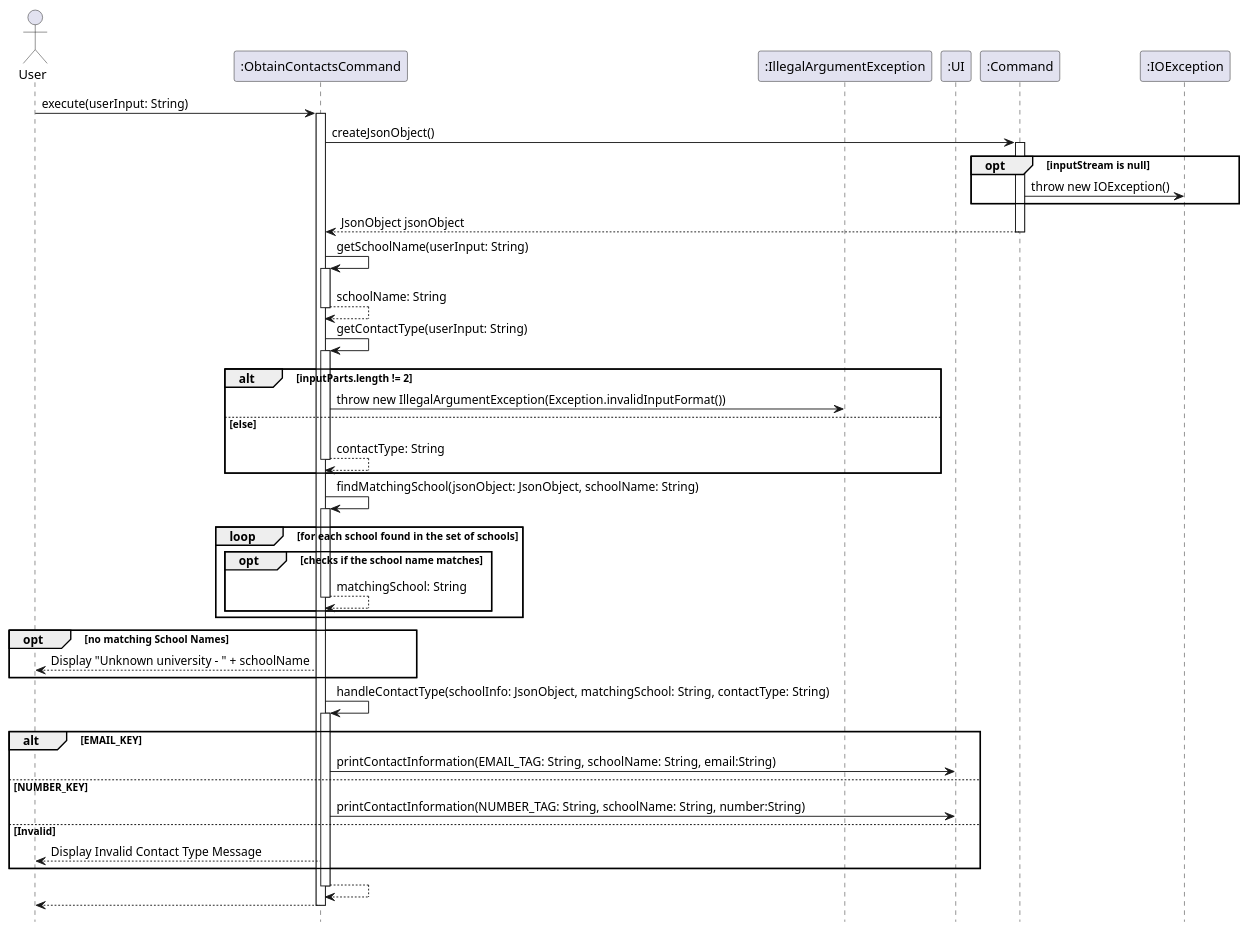
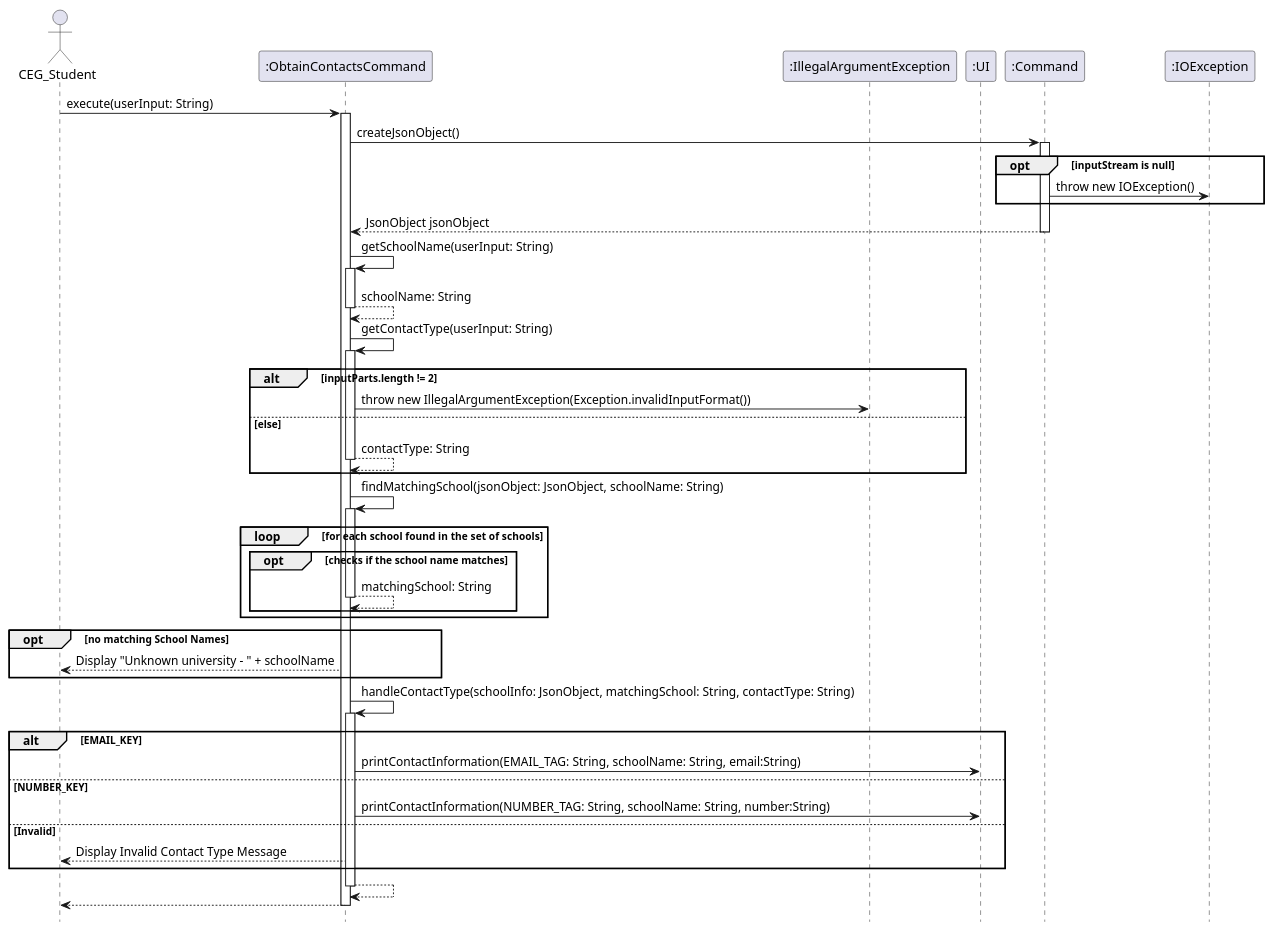
The diagram in docs/diagrams/ObtainContactsCommand.puml (nus-cs2113-AY2425S1/tp), drawn with PlantUML before and after one commit. The commit also changed 3 other files, not shown here.

```diff
--- a/docs/diagrams/ObtainContactsCommand.puml
+++ b/docs/diagrams/ObtainContactsCommand.puml
@@ -1,69 +1,69 @@
 @startuml
 hide footbox
 
-actor User
+actor CEG_Student
 participant ":ObtainContactsCommand" as ObtainContactsCommand
 participant ":IllegalArgumentException" as IllegalArgumentException
 participant ":UI" as UI
 participant ":Command" as Command
 participant ":IOException" as IOException
 
-User -> ObtainContactsCommand: execute(userInput: String)
+CEG_Student -> ObtainContactsCommand: execute(userInput: String)
 activate ObtainContactsCommand
 
 ObtainContactsCommand -> Command: createJsonObject()
 activate Command
 
 opt inputStream is null
     Command -> IOException: throw new IOException()
 end
 
 Command --> ObtainContactsCommand: JsonObject jsonObject
 deactivate Command
 
 ObtainContactsCommand -> ObtainContactsCommand: getSchoolName(userInput: String)
 activate ObtainContactsCommand
 return schoolName: String
 
 ObtainContactsCommand -> ObtainContactsCommand: getContactType(userInput: String)
 activate ObtainContactsCommand
 
 alt inputParts.length != 2
     ObtainContactsCommand -> IllegalArgumentException: throw new IllegalArgumentException(Exception.invalidInputFormat())
 else else
     return contactType: String
 end
 
 ObtainContactsCommand -> ObtainContactsCommand: findMatchingSchool(jsonObject: JsonObject, schoolName: String)
 activate ObtainContactsCommand
 
 loop for  each school found in the set of schools
     opt checks if the school name matches
         return matchingSchool: String
     end
 end
 
 opt no matching School Names
-    ObtainContactsCommand --> User: Display "Unknown university - " + schoolName
+    ObtainContactsCommand --> CEG_Student: Display "Unknown university - " + schoolName
 end
 
 ObtainContactsCommand -> ObtainContactsCommand: handleContactType(schoolInfo: JsonObject, matchingSchool: String, contactType: String)
 activate ObtainContactsCommand
 
 alt EMAIL_KEY
     ObtainContactsCommand -> UI: printContactInformation(EMAIL_TAG: String, schoolName: String, email:String)
 else NUMBER_KEY
     ObtainContactsCommand -> UI: printContactInformation(NUMBER_TAG: String, schoolName: String, number:String)
 else Invalid
-    ObtainContactsCommand --> User: Display Invalid Contact Type Message
+    ObtainContactsCommand --> CEG_Student: Display Invalid Contact Type Message
 end
 
 
 ObtainContactsCommand --> ObtainContactsCommand
 deactivate ObtainContactsCommand
 
-ObtainContactsCommand --> User
+ObtainContactsCommand --> CEG_Student
 
 deactivate ObtainContactsCommand
 
 @enduml
```
